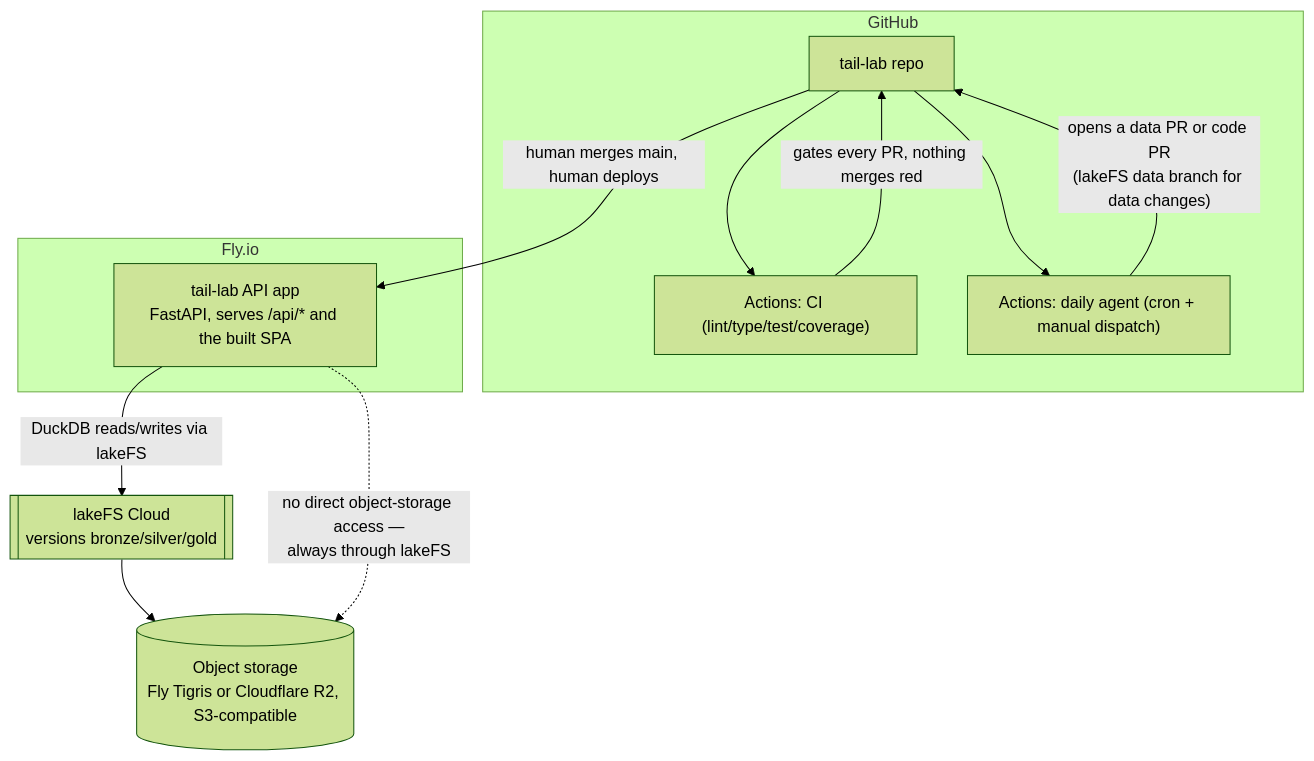
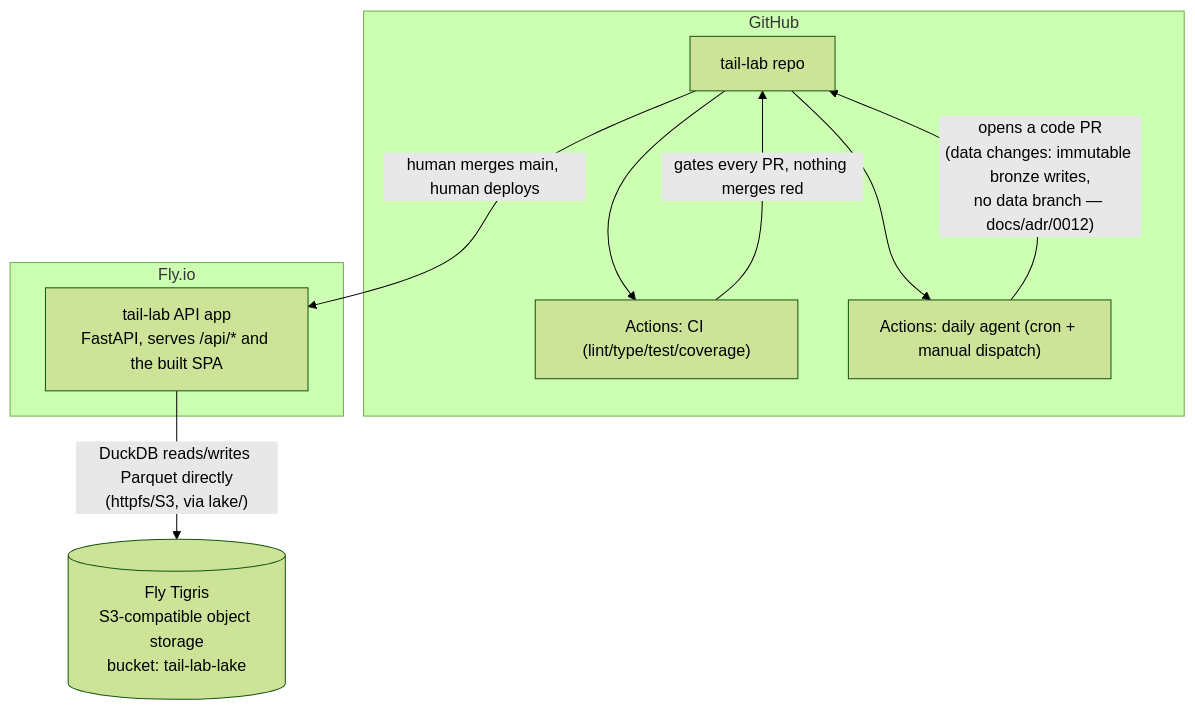
The second of 3 diagrams in ARCHITECTURE.md (diomavro/tail-lab), drawn with Mermaid (forest theme) before and after one commit. The commit also changed other lines of this file and 18 other files, not shown here.

First line of the commit message:
Replace lakeFS with free immutable-Parquet lakehouse on Fly Tigris

````diff
--- a/ARCHITECTURE.md
+++ b/ARCHITECTURE.md
@@ -66,24 +66,21 @@
 ```mermaid
 flowchart TB
     subgraph GH["GitHub"]
         REPO["tail-lab repo"]
         CI["Actions: CI (lint/type/test/coverage)"]
         CRON["Actions: daily agent (cron + manual dispatch)"]
     end
 
     subgraph FLY["Fly.io"]
         APIAPP["tail-lab API app<br/>FastAPI, serves /api/* and the built SPA"]
     end
 
-    LAKEFS[["lakeFS Cloud<br/>versions bronze/silver/gold"]]
-    OBJ[("Object storage<br/>Fly Tigris or Cloudflare R2, S3-compatible")]
+    OBJ[("Fly Tigris<br/>S3-compatible object storage<br/>bucket: tail-lab-lake")]
 
     REPO --> CI
     REPO --> CRON
-    CRON -- "opens a data PR or code PR<br/>(lakeFS data branch for data changes)" --> REPO
+    CRON -- "opens a code PR<br/>(data changes: immutable bronze writes,<br/>no data branch — docs/adr/0012)" --> REPO
     CI -- "gates every PR, nothing merges red" --> REPO
     REPO -- "human merges main, human deploys" --> APIAPP
-    APIAPP -- "DuckDB reads/writes via lakeFS" --> LAKEFS
-    LAKEFS --> OBJ
-    APIAPP -. "no direct object-storage access —<br/>always through lakeFS" .-> OBJ
+    APIAPP -- "DuckDB reads/writes Parquet directly<br/>(httpfs/S3, via lake/)" --> OBJ
 ```
````
